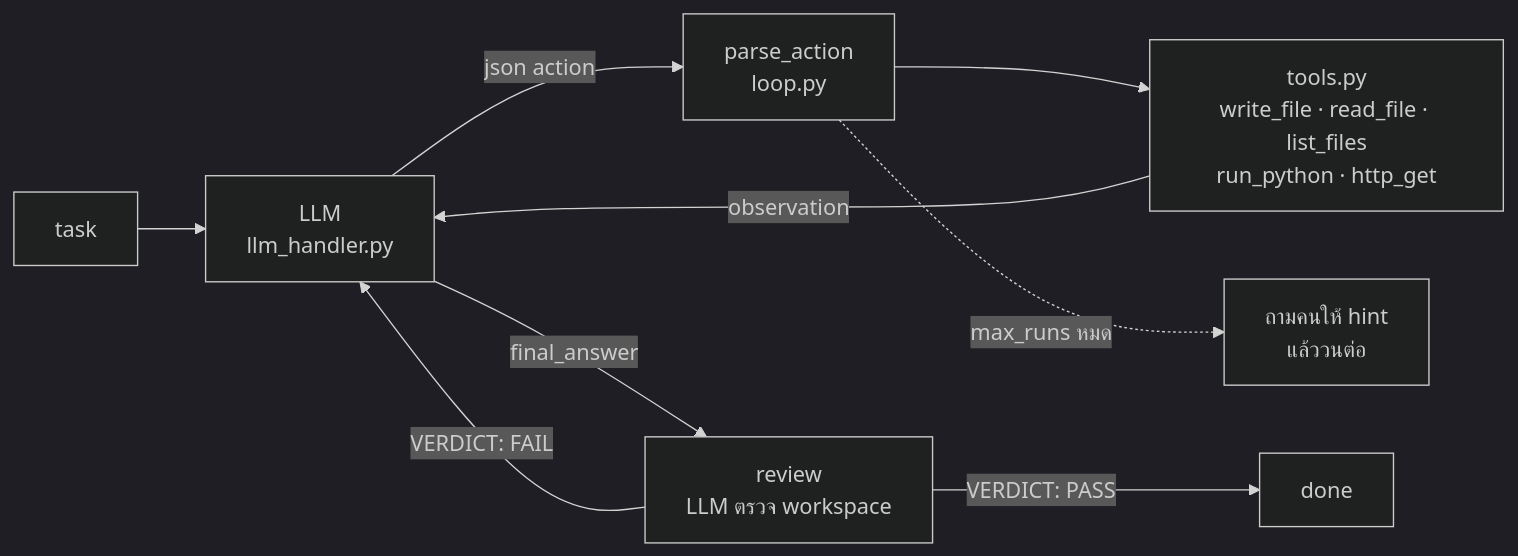
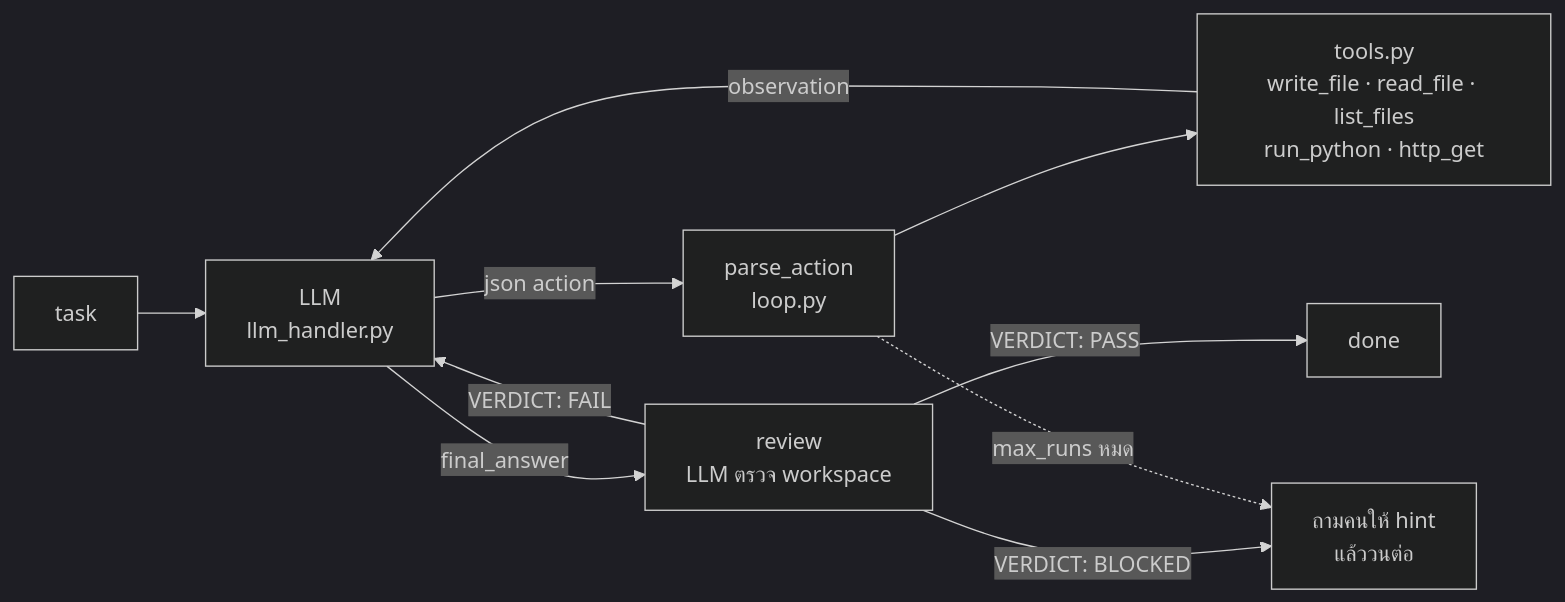
The diagram in README.md (NithichoteC/mini-agent), drawn with Mermaid (dark theme) before and after one commit. The commit also changed other lines of this file and 5 other files, not shown here.

First line of the commit message:
confirm gate, BLOCKED verdict, console view, prompt rules

````diff
--- a/README.md
+++ b/README.md
@@ -7,11 +7,12 @@
 ```mermaid
 flowchart LR
     T[task] --> M[LLM<br/>llm_handler.py]
     M -->|json action| P[parse_action<br/>loop.py]
     P --> X[tools.py<br/>write_file · read_file · list_files<br/>run_python · http_get]
     X -->|observation| M
     M -->|final_answer| R[review<br/>LLM ตรวจ workspace]
     R -->|VERDICT: PASS| D[done]
     R -->|VERDICT: FAIL| M
-    P -.->|max_runs หมด| H[ถามคนให้ hint<br/>แล้ววนต่อ]
+    R -->|VERDICT: BLOCKED| H[ถามคนให้ hint<br/>แล้ววนต่อ]
+    P -.->|max_runs หมด| H
 ```
````
